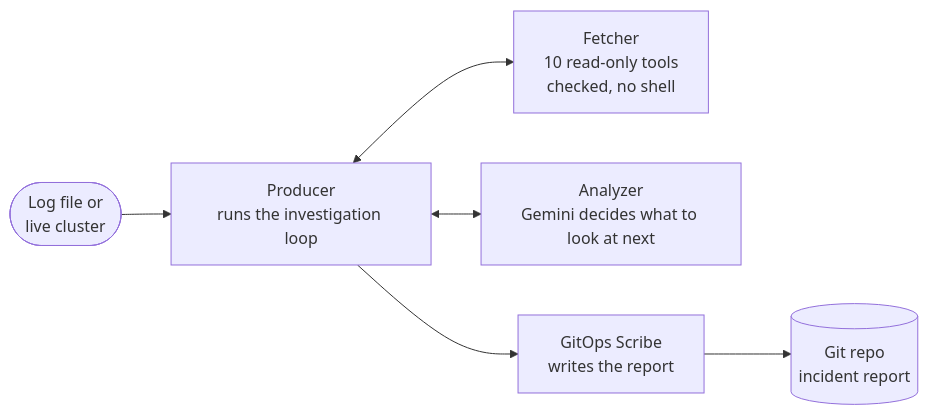
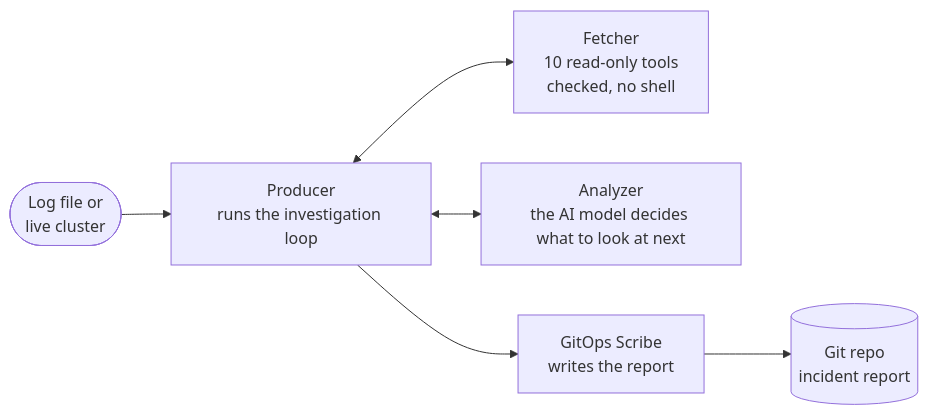
One commit to vivekj21/log-analyzer changed the first of 2 diagrams in README.md. Above: the diagram before and after it, drawn with Mermaid. The commit also changed other lines of this file and 22 other files, not shown here.

````diff
--- a/README.md
+++ b/README.md
@@ -25,8 +25,8 @@
 ```mermaid
 flowchart LR
     IN(["Log file or<br/>live cluster"]) --> PR["Producer<br/>runs the investigation loop"]
     PR <--> FE["Fetcher<br/>10 read-only tools<br/>checked, no shell"]
-    PR <--> AN["Analyzer<br/>Gemini decides what to look at next"]
+    PR <--> AN["Analyzer<br/>the AI model decides what to look at next"]
     PR --> GS["GitOps Scribe<br/>writes the report"]
     GS --> OUT[("Git repo<br/>incident report")]
 ```
````
